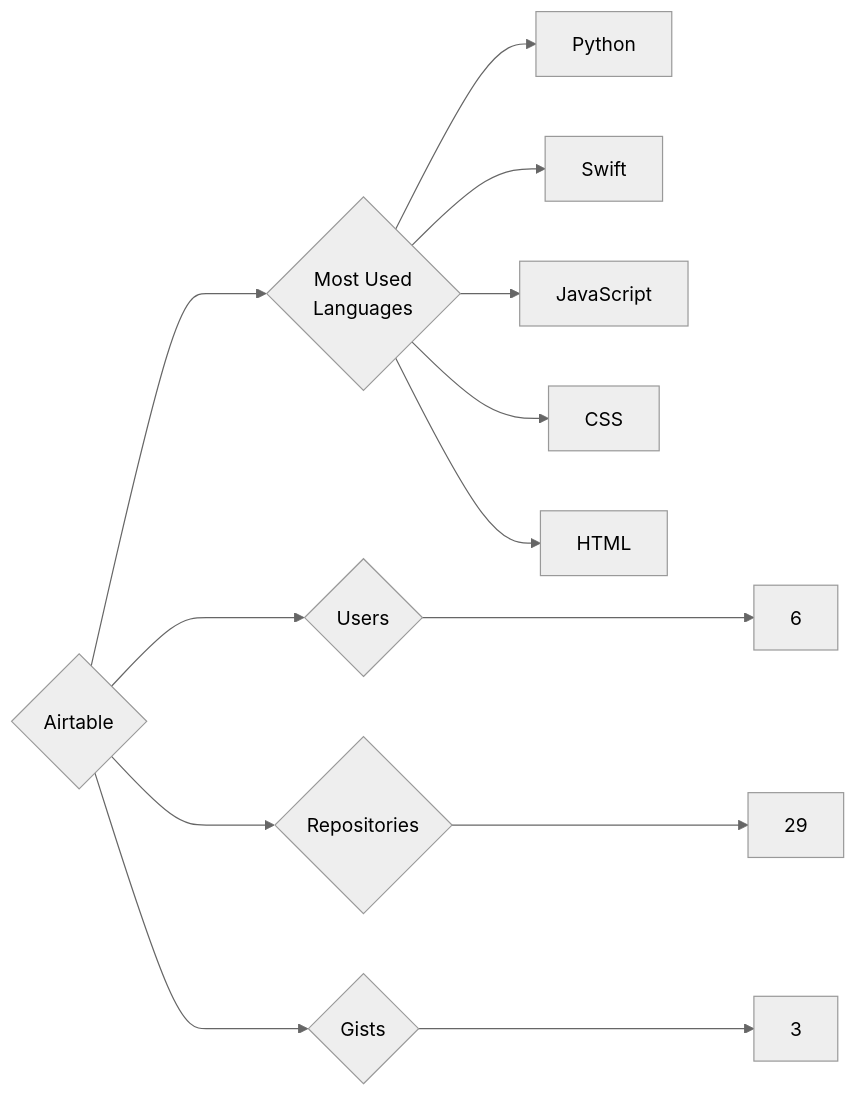
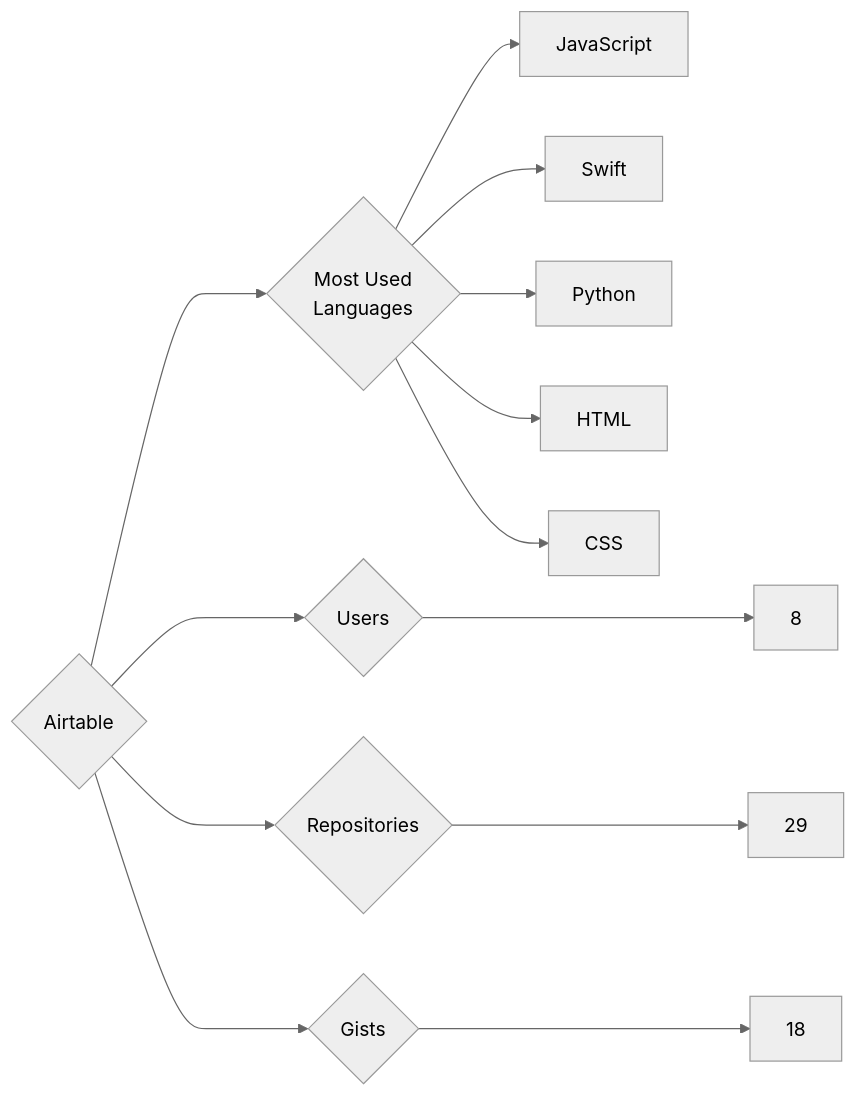
One commit to trickest/insiders changed the diagram in targets/Airtable/README.md. Above: the diagram before and after it, drawn with Mermaid (neutral theme). The commit also changed 938 other files, not shown here.

````diff
--- a/targets/Airtable/README.md
+++ b/targets/Airtable/README.md
@@ -3,13 +3,13 @@
 ```mermaid
 graph LR
 COMPANY_NAME{Airtable}
-COMPANY_NAME ---> U{Users} ---> UN[6]
+COMPANY_NAME ---> U{Users} ---> UN[8]
 COMPANY_NAME ---> R{Repositories} ---> RN[29]
-COMPANY_NAME ---> G{Gists} ---> GN[3]
+COMPANY_NAME ---> G{Gists} ---> GN[18]
 COMPANY_NAME ---> ML{Most Used<br>Languages}
+ML --> JavaScript[JavaScript]
+ML --> Swift[Swift]
 ML --> Python[Python]
-ML --> Swift[Swift]
-ML --> JavaScript[JavaScript]
+ML --> HTML[HTML]
 ML --> CSS[CSS]
-ML --> HTML[HTML]
 ```
````
